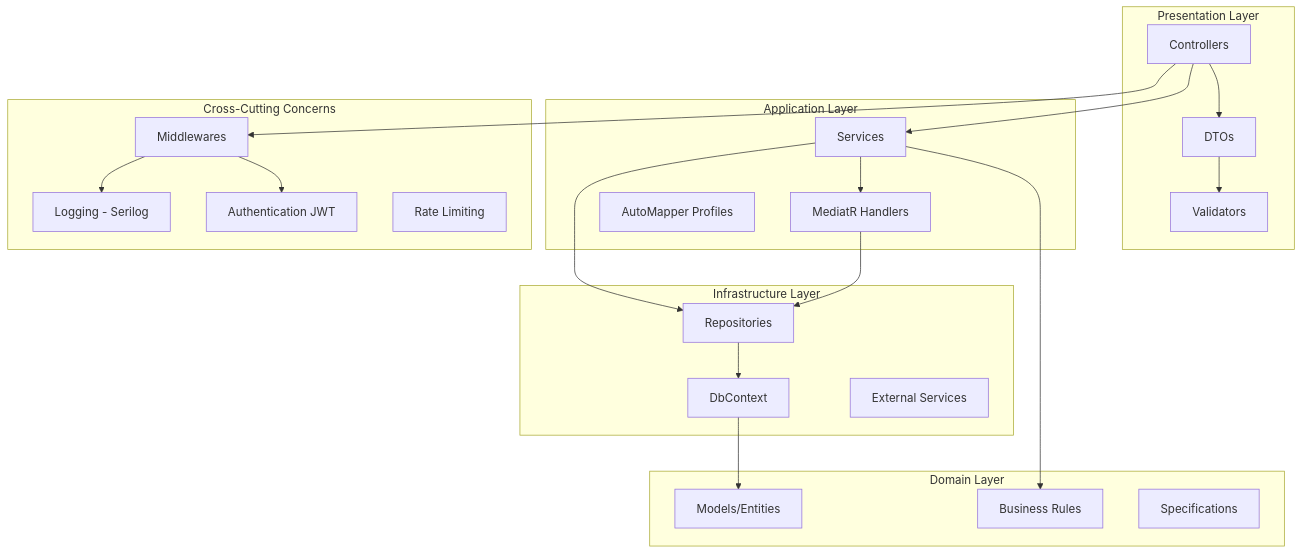
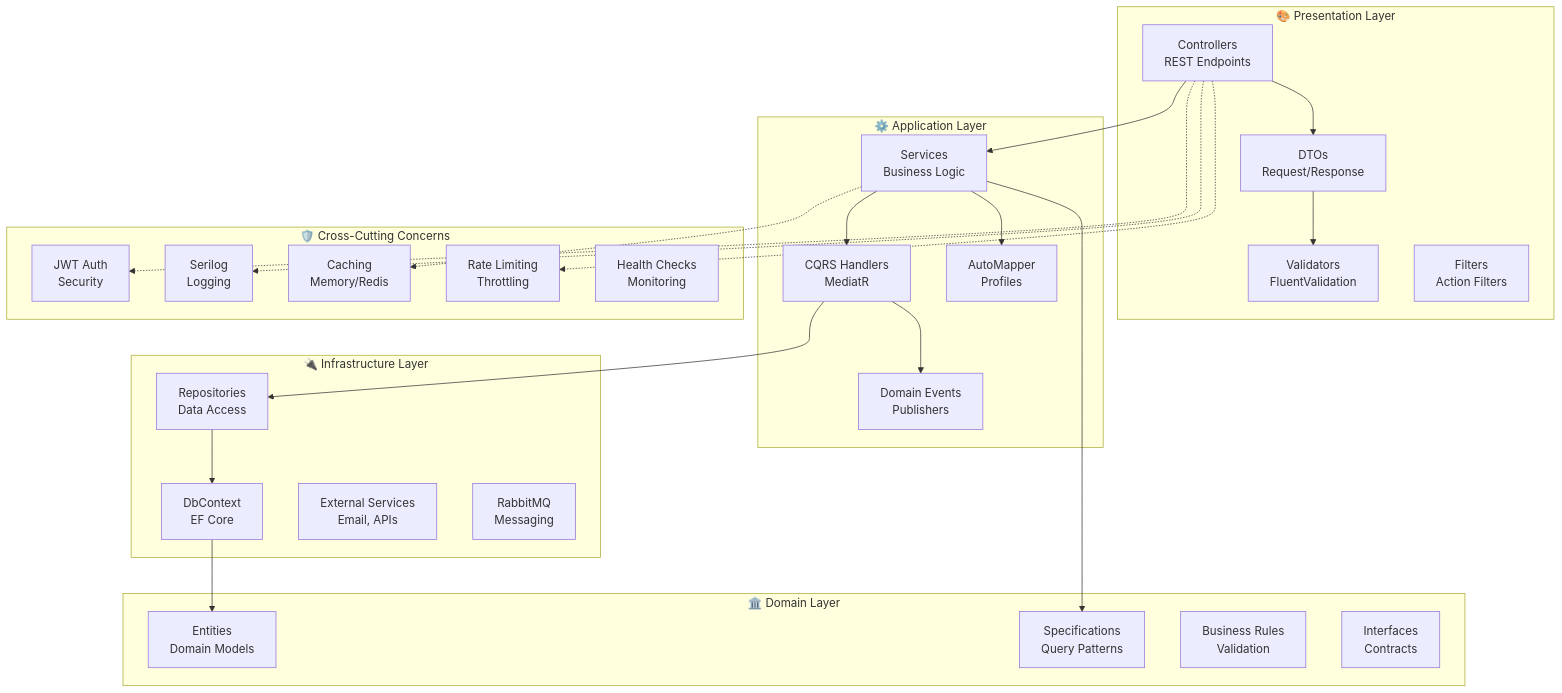
One commit to argenisdev692/curso-copilot changed the second of 10 diagrams in TicketManagementSystem/backend/README.md. Above: the diagram before and after it, drawn with Mermaid. The commit also changed other lines of this file and 128 other files, not shown here.

````diff
--- a/TicketManagementSystem/backend/README.md
+++ b/TicketManagementSystem/backend/README.md
@@ -32,46 +76,54 @@
 ```mermaid
 graph TB
-    subgraph "Presentation Layer"
-        A[Controllers]
-        B[DTOs]
-        C[Validators]
+    subgraph "🎨 Presentation Layer"
+        CTRL[Controllers<br/>REST Endpoints]
+        DTO[DTOs<br/>Request/Response]
+        VAL[Validators<br/>FluentValidation]
+        FILT[Filters<br/>Action Filters]
     end
 
-    subgraph "Application Layer"
-        D[Services]
-        E[MediatR Handlers]
-        F[AutoMapper Profiles]
+    subgraph "⚙️ Application Layer"
+        SVC[Services<br/>Business Logic]
+        CQRS[CQRS Handlers<br/>MediatR]
+        MAP[AutoMapper<br/>Profiles]
+        EVENTS[Domain Events<br/>Publishers]
     end
 
-    subgraph "Domain Layer"
-        G[Models/Entities]
-        H[Business Rules]
-        I[Specifications]
+    subgraph "🏛️ Domain Layer"
+        ENT[Entities<br/>Domain Models]
+        SPEC[Specifications<br/>Query Patterns]
+        RULES[Business Rules<br/>Validation]
+        INT[Interfaces<br/>Contracts]
     end
 
-    subgraph "Infrastructure Layer"
-        J[Repositories]
-        K[DbContext]
-        L[External Services]
+    subgraph "🔌 Infrastructure Layer"
+        REPO[Repositories<br/>Data Access]
+        CTX[DbContext<br/>EF Core]
+        EXT[External Services<br/>Email, APIs]
+        MQ[RabbitMQ<br/>Messaging]
     end
 
-    subgraph "Cross-Cutting Concerns"
-        M[Middlewares]
-        N[Logging - Serilog]
-        O[Authentication JWT]
-        P[Rate Limiting]
+    subgraph "🛡️ Cross-Cutting Concerns"
+        AUTH[JWT Auth<br/>Security]
+        LOG[Serilog<br/>Logging]
+        CACHE[Caching<br/>Memory/Redis]
+        RATE[Rate Limiting<br/>Throttling]
+        HEALTH[Health Checks<br/>Monitoring]
     end
 
-    A --> D
-    A --> B
-    B --> C
-    D --> E
-    D --> J
-    E --> J
-    J --> K
-    K --> G
-    D --> H
-    A --> M
-    M --> N
-    M --> O
+    CTRL --> SVC
+    CTRL --> DTO
+    DTO --> VAL
+    SVC --> CQRS
+    CQRS --> REPO
+    CQRS --> EVENTS
+    REPO --> CTX
+    CTX --> ENT
+    SVC --> SPEC
+    SVC --> MAP
+    
+    CTRL -.-> AUTH
+    CTRL -.-> LOG
+    SVC -.-> CACHE
+    CTRL -.-> RATE
 ```
````
